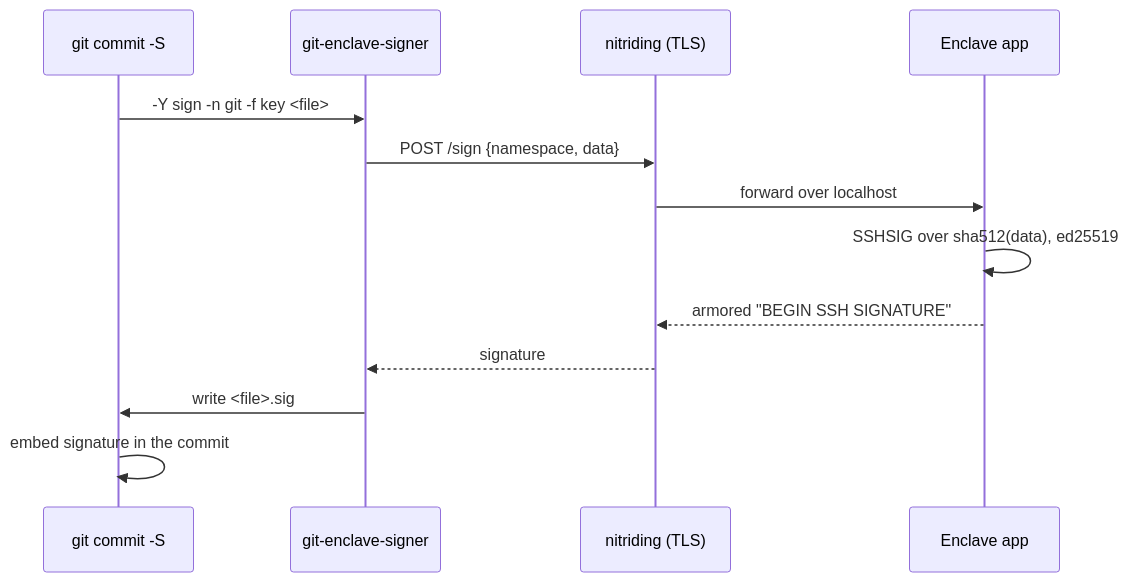
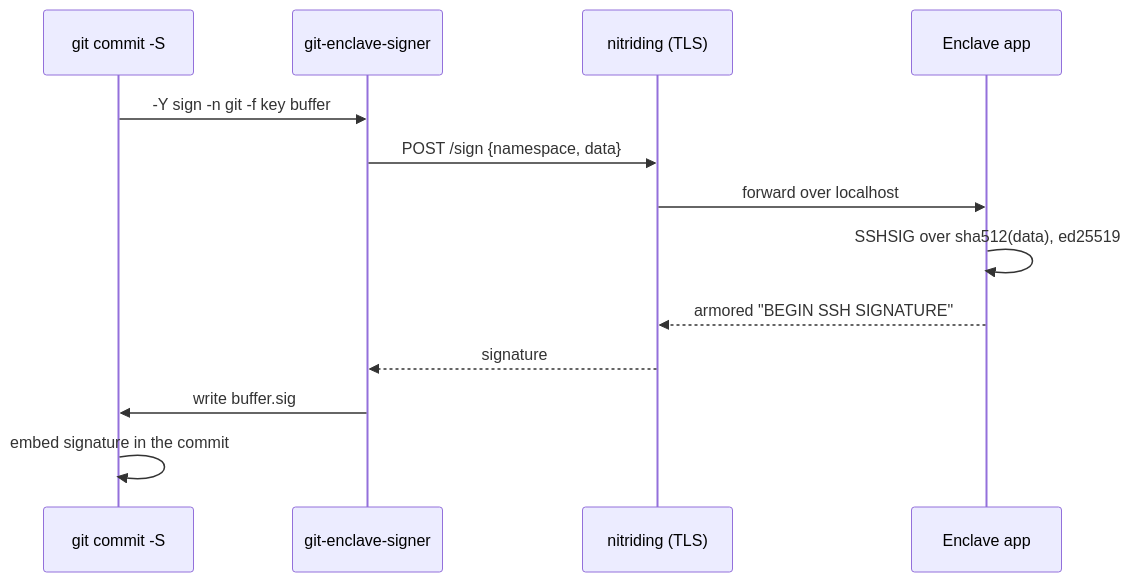
One commit to husobee/husobee.github.io changed the diagram in _posts/2026-06-13-git-signing-nitro-enclave-part-2.markdown. Above: the diagram before and after it, drawn with Mermaid.

Commit message:
fix: nitro part 2 mermaid issue

```diff
--- a/_posts/2026-06-13-git-signing-nitro-enclave-part-2.markdown
+++ b/_posts/2026-06-13-git-signing-nitro-enclave-part-2.markdown
@@ -39,15 +39,15 @@
 <div class="mermaid">
 sequenceDiagram
   participant Git as git commit -S
   participant Shim as git-enclave-signer
   participant Nit as nitriding (TLS)
   participant App as Enclave app
-  Git->>Shim: -Y sign -n git -f key <file>
+  Git->>Shim: -Y sign -n git -f key buffer
   Shim->>Nit: POST /sign {namespace, data}
   Nit->>App: forward over localhost
   App->>App: SSHSIG over sha512(data), ed25519
   App-->>Nit: armored "BEGIN SSH SIGNATURE"
   Nit-->>Shim: signature
-  Shim->>Git: write <file>.sig
+  Shim->>Git: write buffer.sig
   Git->>Git: embed signature in the commit
 </div>
```
